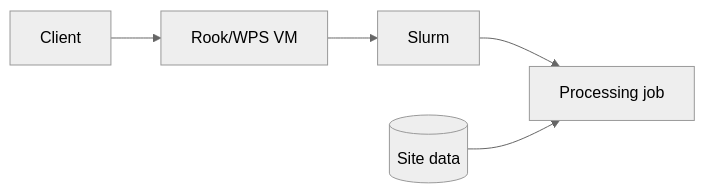
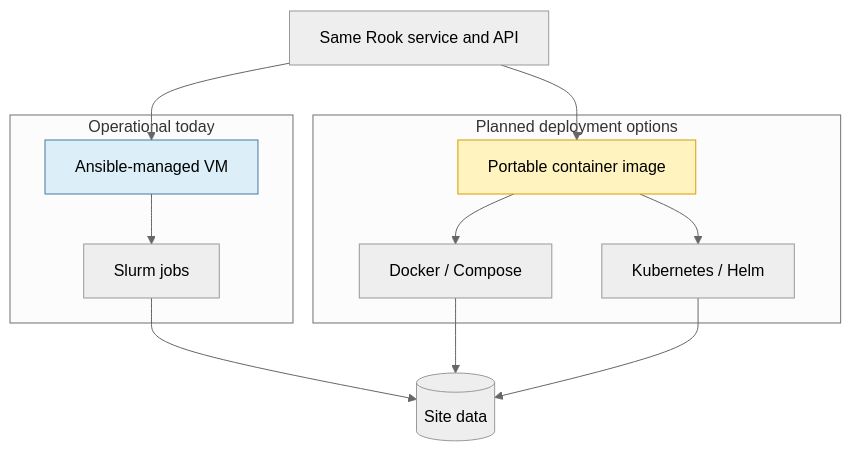
One commit to roocs/rook changed the fifth of 11 diagrams in Rook_WPS_ESGF2_talk_draft.md. Above: the diagram before and after it, drawn with Mermaid (neutral theme). The commit also changed other lines of this file, not shown here.

````diff
--- a/Rook_WPS_ESGF2_talk_draft.md
+++ b/Rook_WPS_ESGF2_talk_draft.md
@@ -215,7 +207,22 @@
 ```mermaid
-flowchart LR
-    Client["Client"] --> VM["Rook/WPS VM"]
-    VM --> Slurm["Slurm"]
-    Slurm --> Job["Processing job"]
-    Data[("Site data")] --> Job
+flowchart TD
+    Rook["Same Rook service and API"]
+
+    subgraph Current["Operational today"]
+        VM["Ansible-managed VM"] --> Slurm["Slurm jobs"]
+    end
+
+    subgraph Future["Planned deployment options"]
+        Image["Portable container image"] --> Docker["Docker / Compose"]
+        Image --> K8s["Kubernetes / Helm"]
+    end
+
+    Rook --> VM
+    Rook --> Image
+    Slurm --> Data[("Site data")]
+    Docker --> Data
+    K8s --> Data
+
+    style VM fill:#dceef8,stroke:#457b9d,color:#000
+    style Image fill:#fff3bf,stroke:#d69e00,color:#000
 ```
````
